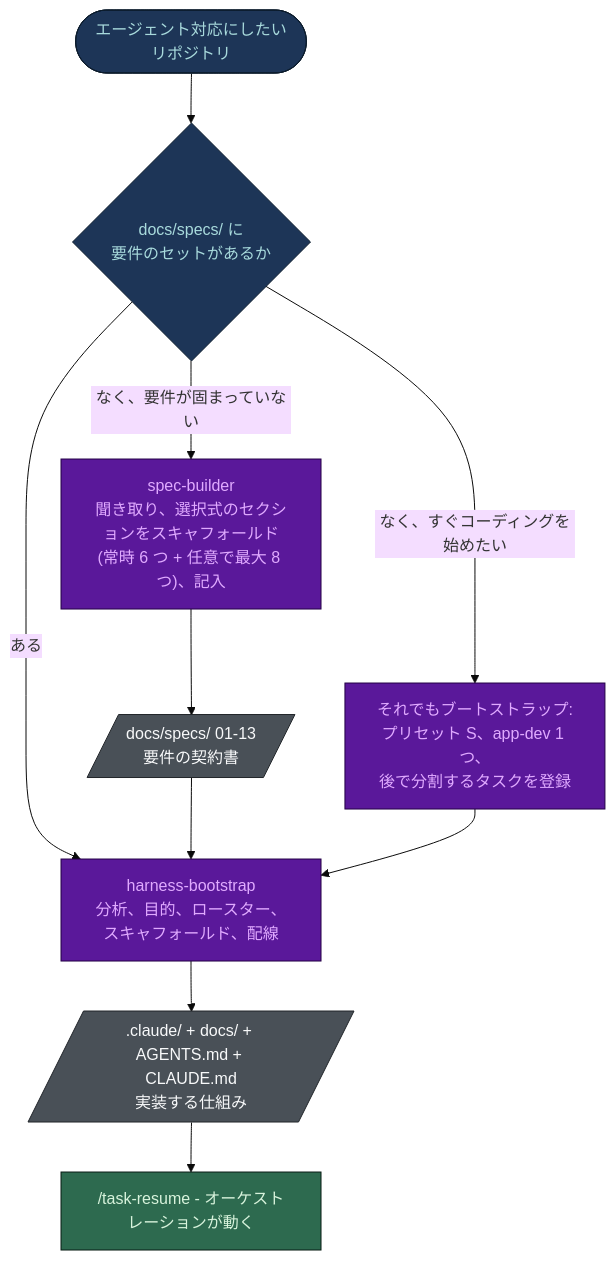
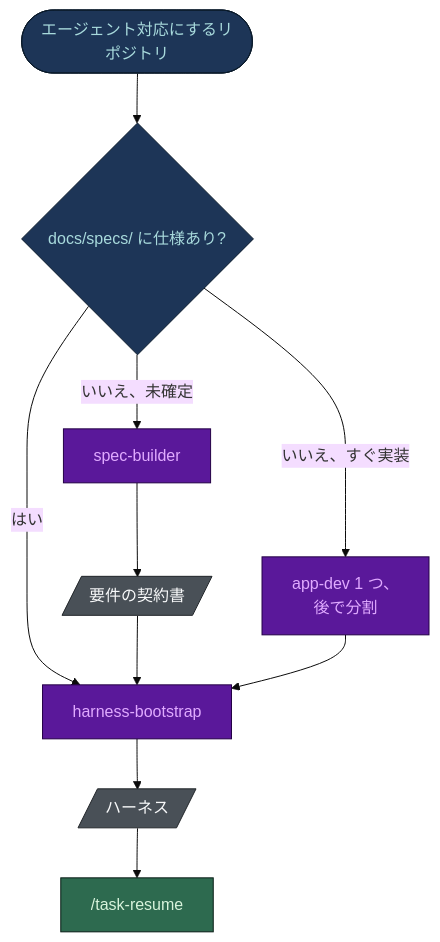
The second of 16 diagrams in docs/FLOWS.ja.md (nguyenhx2/agent-harness-bootstrap), drawn with Mermaid (base theme) before and after one commit. The commit also changed other lines of this file and 364 other files, not shown here.

````diff
--- a/docs/FLOWS.ja.md
+++ b/docs/FLOWS.ja.md
@@ -55,34 +39,27 @@
 ```mermaid
 flowchart TD
-    START(["エージェント対応にしたいリポジトリ"])
-    Q{"docs/specs/ に<br/>要件のセットがあるか"}
-
-    SB["spec-builder<br/>聞き取り、選択式のセクションをスキャフォールド<br/>(常時 6 つ + 任意で最大 8 つ)、記入"]
-    SPECS[/"docs/specs/ 01-13<br/>要件の契約書"/]
-
-    HB["harness-bootstrap<br/>分析、目的、ロースター、スキャフォールド、配線"]
-    HARNESS[/".claude/ + docs/ + AGENTS.md + CLAUDE.md<br/>実装する仕組み"/]
-
-    NOSPEC["それでもブートストラップ:<br/>プリセット S、app-dev 1 つ、<br/>後で分割するタスクを登録"]
-    RUN["/task-resume - オーケストレーションが動く"]
+    START(["エージェント対応にするリポジトリ"])
+    Q{"docs/specs/ に仕様あり?"}
+    SB["spec-builder"]
+    SPECS[/"要件の契約書"/]
+    NOSPEC["app-dev 1 つ、<br/>後で分割"]
+    HB["harness-bootstrap"]
+    HARNESS[/"ハーネス"/]
+    RUN["/task-resume"]
 
     START --> Q
-    Q -->|"ある"| HB
-    Q -->|"なく、要件が固まっていない"| SB
-    Q -->|"なく、すぐコーディングを始めたい"| NOSPEC
-    SB --> SPECS
-    SPECS --> HB
-    NOSPEC --> HB
-    HB --> HARNESS
-    HARNESS --> RUN
+    Q -->|"はい"| HB
+    Q -->|"いいえ、未確定"| SB --> SPECS --> HB
+    Q -->|"いいえ、すぐ実装"| NOSPEC --> HB
+    HB --> HARNESS --> RUN
 
     classDef det fill:#2D6A4F,stroke:#081C15,stroke-width:1px,color:#D8F3DC
     classDef mod fill:#5A189A,stroke:#240046,stroke-width:1px,color:#E0AAFF
     classDef hum fill:#1D3557,stroke:#0B1B2B,stroke-width:1px,color:#A8DADC
     classDef art fill:#495057,stroke:#212529,stroke-width:1px,color:#F8F9FA
 
     class SB,HB,NOSPEC mod
     class START,Q hum
     class SPECS,HARNESS art
     class RUN det
 ```
````
